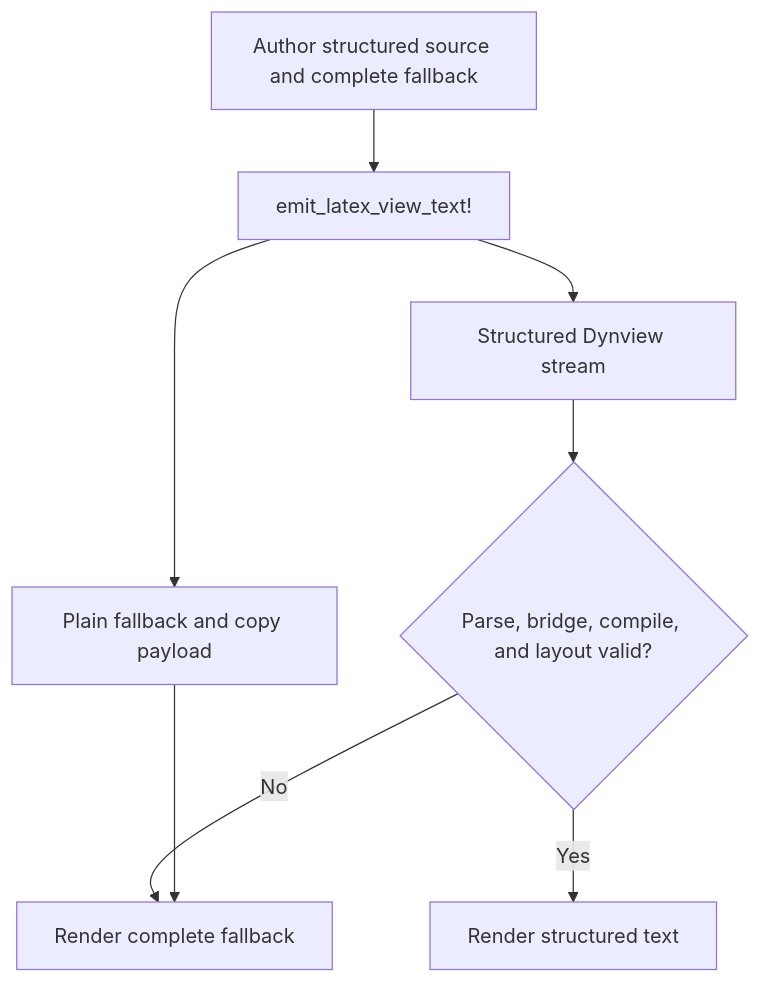
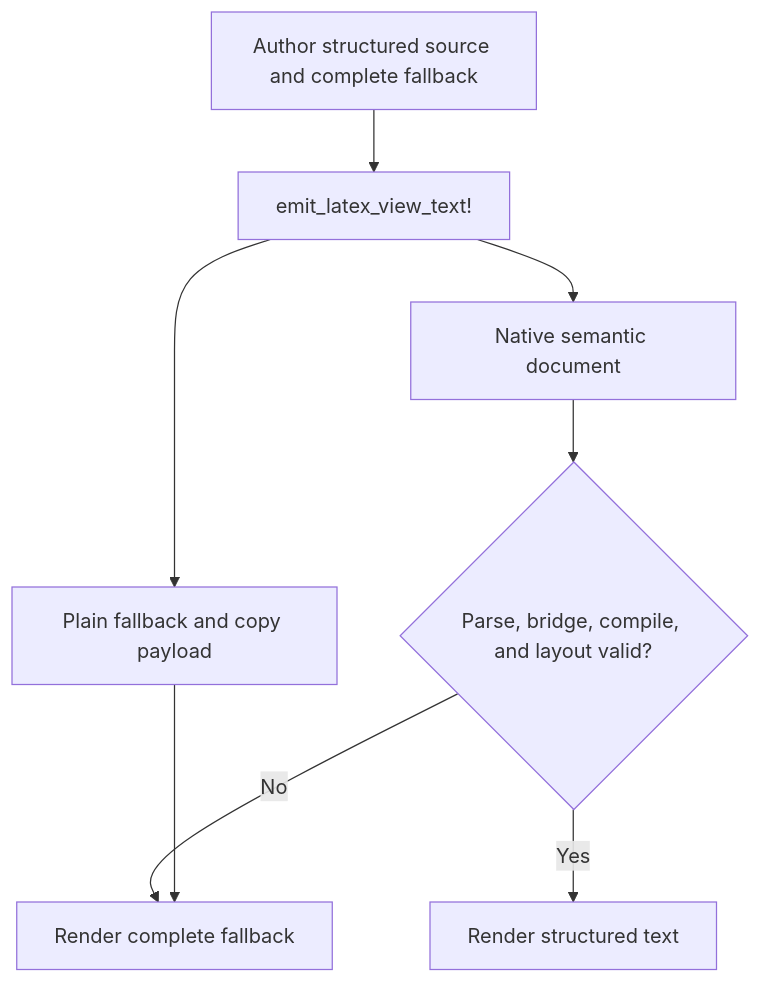
The second of 2 diagrams in docs/wiki/Guides/AnimationsStyle.md (derekshoneycutt/EuclidApp), drawn with Mermaid before and after one commit. The commit also changed other lines of this file and 71 other files, not shown here.

````diff
--- a/docs/wiki/Guides/AnimationsStyle.md
+++ b/docs/wiki/Guides/AnimationsStyle.md
@@ -259,17 +259,17 @@
 ```mermaid
 flowchart TD
   A[Author structured source and complete fallback]
   B[emit_latex_view_text!]
   C[Plain fallback and copy payload]
-  D[Structured Dynview stream]
+  D[Native semantic document]
   E{Parse, bridge, compile, and layout valid?}
   F[Render structured text]
   G[Render complete fallback]
 
   A --> B
   B --> C
   B --> D --> E
   E -->|Yes| F
   E -->|No| G
   C --> G
 ```
````
